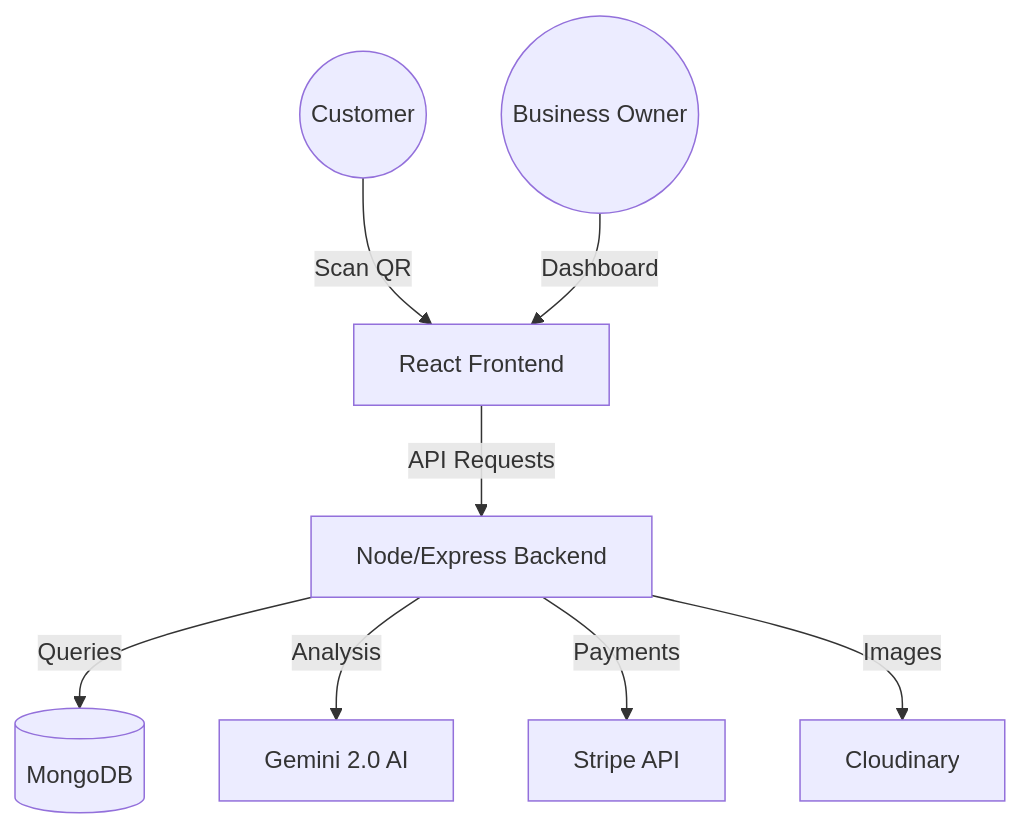
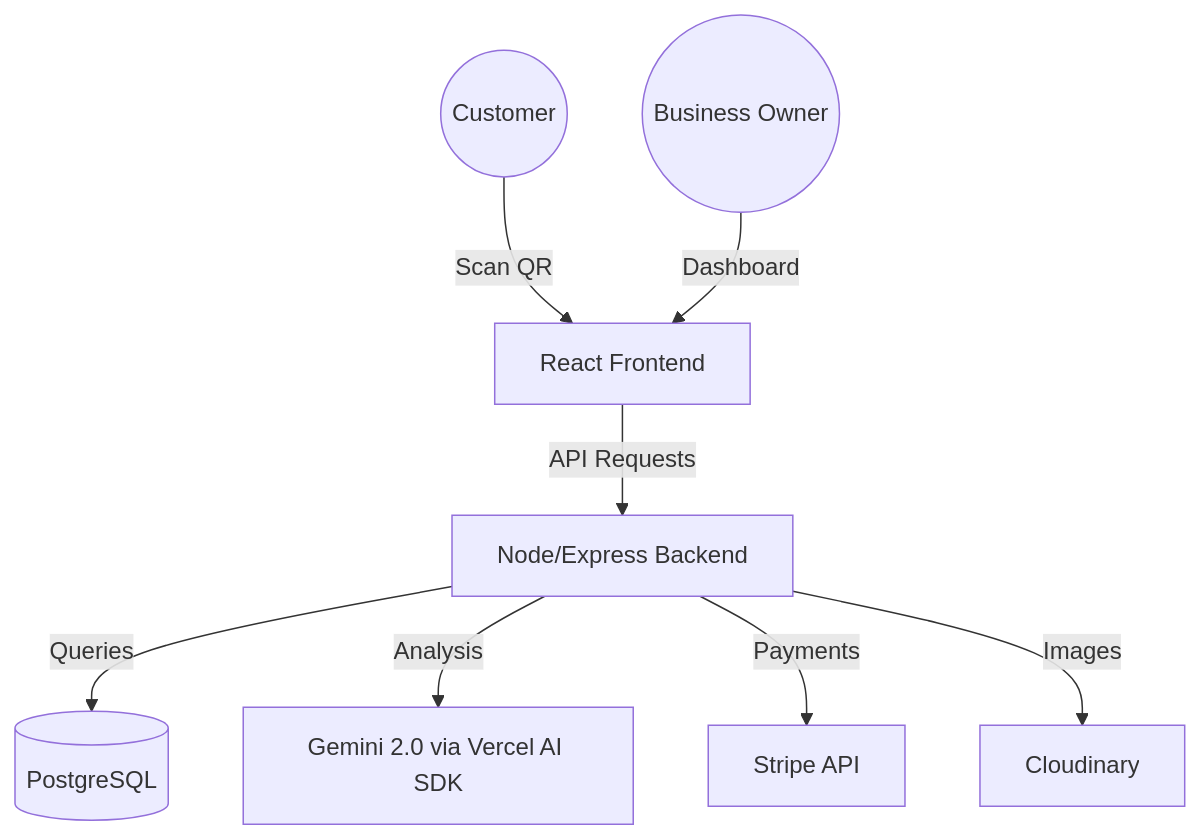
One commit to Endalk-sudo/Feedwise changed the diagram in DOCUMENTATION.md. Above: the diagram before and after it, drawn with Mermaid. The commit also changed other lines of this file and 1 other file, not shown here.

Commit message:
docs: update README.md+ DOCUMENTATION.md to reflect mainstack (PostgreSQL/Prisma/better-auth/Vercel AI SDK/Docker; drop stale Mongo/Mongoose/JWT/MERN/Render claims)

````diff
--- a/DOCUMENTATION.md
+++ b/DOCUMENTATION.md
@@ -13,10 +13,10 @@
 ```mermaid
 graph TD
     User((Customer)) -->|Scan QR| Client[React Frontend]
     Admin((Business Owner)) -->|Dashboard| Client
     Client -->|API Requests| Server[Node/Express Backend]
-    Server -->|Queries| DB[(MongoDB)]
-    Server -->|Analysis| AI[Gemini 2.0 AI]
+    Server -->|Queries| DB[(PostgreSQL)]
+    Server -->|Analysis| AI[Gemini 2.0 via Vercel AI SDK]
     Server -->|Payments| Stripe[Stripe API]
     Server -->|Images| Cloudinary[Cloudinary]
 ```
````
